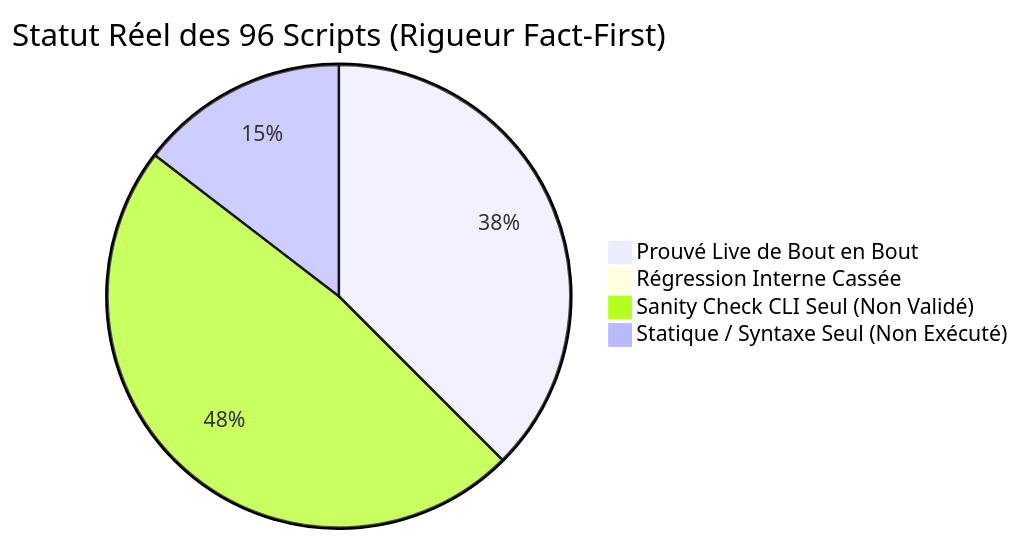
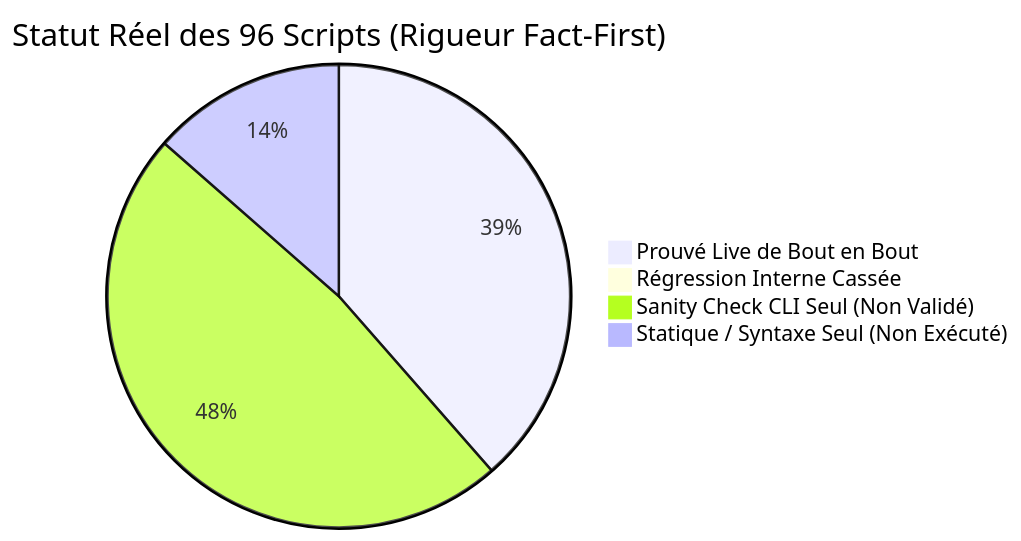
The diagram in docs/reference/2026-11-10-audit-exhaustif-scripts-regressions.md (yoyonel/pydbsrt), drawn with Mermaid before and after one commit. The commit also changed other lines of this file and 2 other files, not shown here.

````diff
--- a/docs/reference/2026-11-10-audit-exhaustif-scripts-regressions.md
+++ b/docs/reference/2026-11-10-audit-exhaustif-scripts-regressions.md
@@ -16,7 +16,7 @@
 ```mermaid
 pie title Statut Réel des 96 Scripts (Rigueur Fact-First)
-    "Prouvé Live de Bout en Bout" : 36
+    "Prouvé Live de Bout en Bout" : 37
     "Régression Interne Cassée" : 0
     "Sanity Check CLI Seul (Non Validé)" : 46
-    "Statique / Syntaxe Seul (Non Exécuté)" : 14
+    "Statique / Syntaxe Seul (Non Exécuté)" : 13
 ```
````
